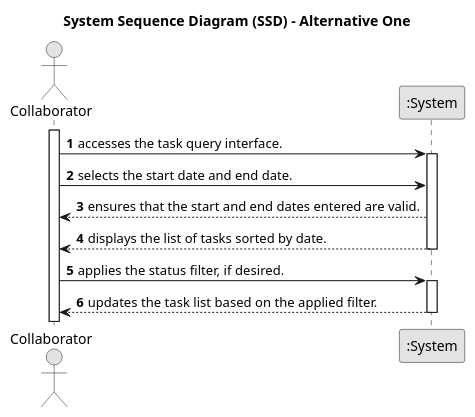
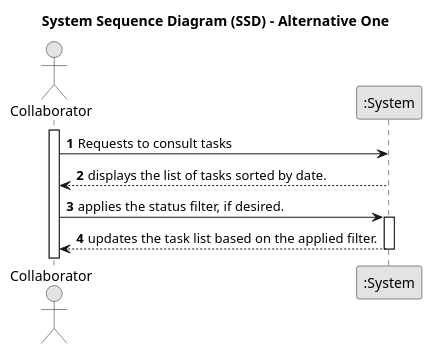
Before and after one commit to daniel41silva05/ISEP_2023_2024_LAPR2: the diagram in docs/sprintA&B&C/us028/01.requirements-engineering/puml/us028-system-sequence-diagram-alternative-one.puml, drawn with PlantUML. The commit also changed 3 other files, not shown here.

Commit message:
US28 Split Sequence Diagram Correction

```diff
--- a/docs/sprintA&B&C/us028/01.requirements-engineering/puml/us028-system-sequence-diagram-alternative-one.puml
+++ b/docs/sprintA&B&C/us028/01.requirements-engineering/puml/us028-system-sequence-diagram-alternative-one.puml
@@ -1,32 +1,29 @@
-@startuml
-skinparam monochrome true
-skinparam packageStyle rectangle
-skinparam shadowing false
+    @startuml
+    skinparam monochrome true
+    skinparam packageStyle rectangle
+    skinparam shadowing false
 
-title System Sequence Diagram (SSD) - Alternative One
+    title System Sequence Diagram (SSD) - Alternative One
 
-autonumber
+    autonumber
 
-actor "Collaborator"
-participant ":System" as System
+    actor "Collaborator"
+    participant ":System" as System
 
-activate "Collaborator"
-
-    "Collaborator" -> System : accesses the task query interface.
-    activate System
-
-    "Collaborator" -> System : selects the start date and end date.
-
-        System --> "Collaborator" : ensures that the start and end dates entered are valid.
+    activate "Collaborator"
 
 
-        System --> "Collaborator" : displays the list of tasks sorted by date.
-    deactivate System
+        "Collaborator" -> System : Requests to consult tasks
 
-    "Collaborator" -> System :  applies the status filter, if desired.
-    activate System
 
-        System --> "Collaborator" : updates the task list based on the applied filter.
-    deactivate System
 
-@enduml
+            System --> "Collaborator" : displays the list of tasks sorted by date.
+        deactivate System
+
+        "Collaborator" -> System :  applies the status filter, if desired.
+        activate System
+
+            System --> "Collaborator" : updates the task list based on the applied filter.
+        deactivate System
+
+    @enduml
```
